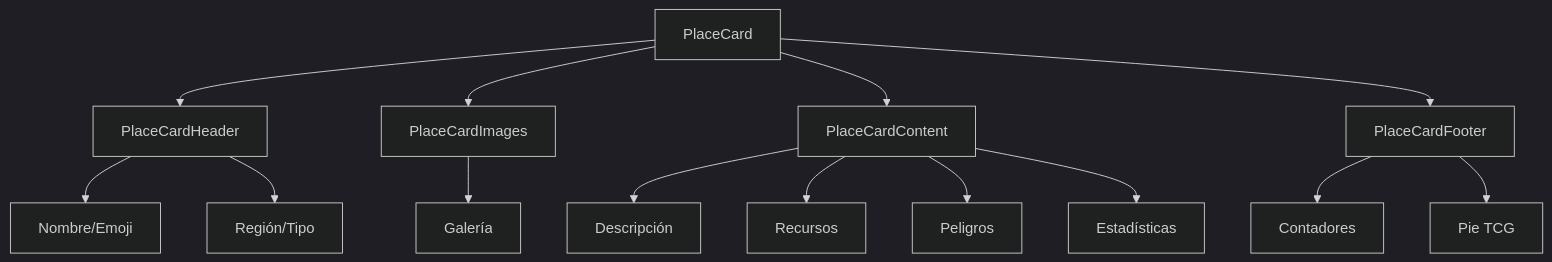
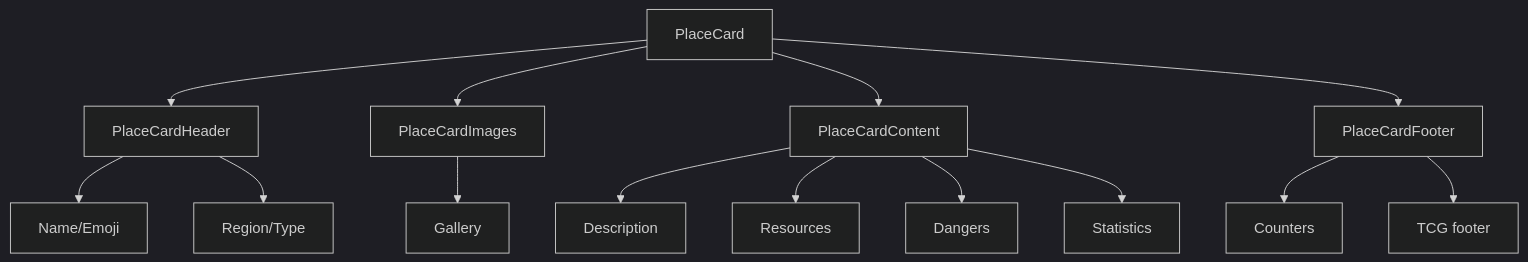
One commit to gvastethecreator/media-manager changed the diagram in src/components/cards/place-card/README.md. Above: the diagram before and after it, drawn with Mermaid (dark theme). The commit also changed other lines of this file and 98 other files, not shown here.

Commit message:
docs: initialize comprehensive architectural documentation and component-level README files across the repository.

````diff
--- a/src/components/cards/place-card/README.md
+++ b/src/components/cards/place-card/README.md
@@ -7,20 +7,20 @@
 ```mermaid
 graph TD
     A[PlaceCard] --> B[PlaceCardHeader]
     A --> C[PlaceCardImages]
     A --> D[PlaceCardContent]
     A --> E[PlaceCardFooter]
 
-    B --> B1[Nombre/Emoji]
-    B --> B2[Región/Tipo]
+    B --> B1[Name/Emoji]
+    B --> B2[Region/Type]
 
-    C --> C1[Galería]
+    C --> C1[Gallery]
 
-    D --> D1[Descripción]
-    D --> D2[Recursos]
-    D --> D3[Peligros]
-    D --> D4[Estadísticas]
+    D --> D1[Description]
+    D --> D2[Resources]
+    D --> D3[Dangers]
+    D --> D4[Statistics]
 
-    E --> E1[Contadores]
-    E --> E2[Pie TCG]
+    E --> E1[Counters]
+    E --> E2[TCG footer]
 ```
````
